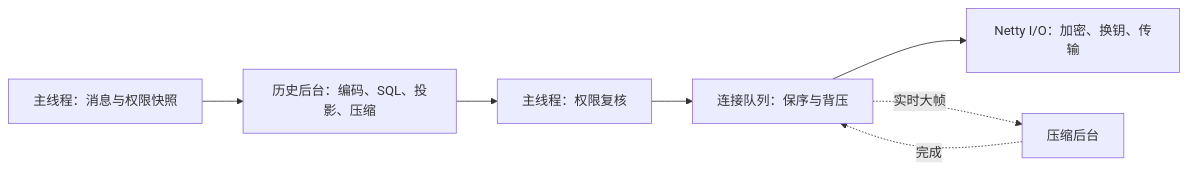
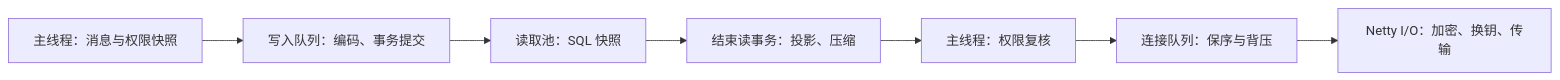
Before and after one commit to Encinet/mik: the diagram in docs/web-chat.md, drawn with Mermaid. The commit also changed other lines of this file and 71 other files, not shown here.

````diff
--- a/docs/web-chat.md
+++ b/docs/web-chat.md
@@ -128,9 +131,9 @@
 ```mermaid
 flowchart LR
-    Main["主线程：消息与权限快照"] --> Worker["历史后台：编码、SQL、投影、压缩"]
-    Worker --> Guard["主线程：权限复核"]
+    Main["主线程：消息与权限快照"] --> Writer["写入队列：编码、事务提交"]
+    Writer --> Readers["读取池：SQL 快照"]
+    Readers --> Projection["结束读事务：投影、压缩"]
+    Projection --> Guard["主线程：权限复核"]
     Guard --> Queue["连接队列：保序与背压"]
     Queue --> Socket["Netty I/O：加密、换钥、传输"]
-    Queue -. 实时大帧 .-> Codec["压缩后台"]
-    Codec -. 完成 .-> Queue
 ```
````
